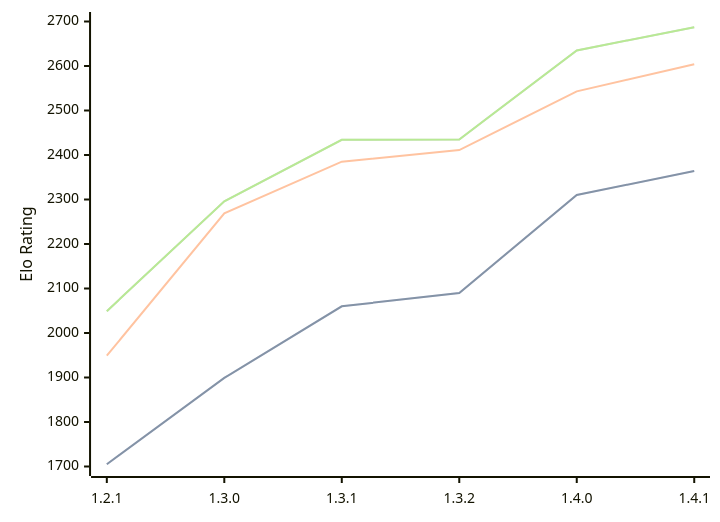
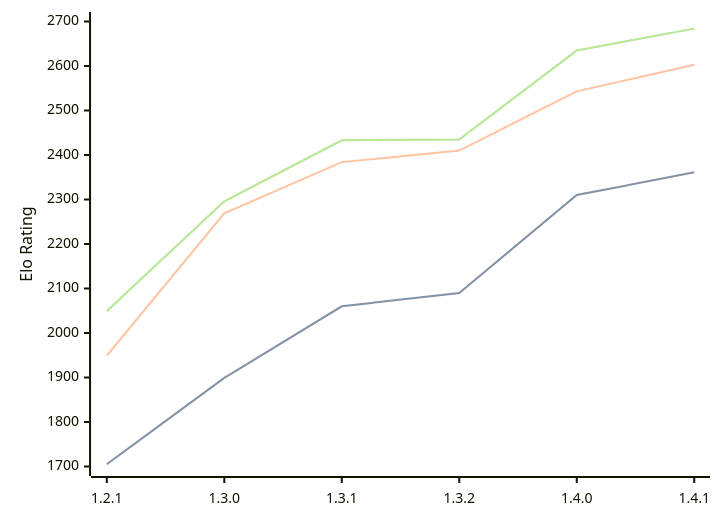
The diagram in engines/Chal.md (computer-chess-index/cci), drawn with Mermaid before and after one commit. The commit also changed other lines of this file, not shown here.

Commit message:
Update CCI Ratings (ELO VLTC) - 2026-05-08

````diff
--- a/engines/Chal.md
+++ b/engines/Chal.md
@@ -39,11 +39,11 @@
 ```mermaid
 %%{init: {"theme":"base","themeVariables":{"seriesColors:['#a3a3a3','#222221','#faa371']}}}%%
 xychart-beta
   x-axis ["1.2.1", "1.3.0", "1.3.1", "1.3.2", "1.4.0", "1.4.1"]
   y-axis "Elo Rating" 1700 --> 2700
-  line "STC (8.0+0.08s)" [1705, 1899, 2060, 2090, 2310, 2364]
-  line "STC (8.0+0.08s)" [1705, 1899, 2060, 2090, 2310, 2364]
-  line "LTC (60.0+0.60s)" [1949, 2269, 2385, 2411, 2543, 2604]
-  line "VLTC (2m24s+1.12s)" [2049, 2296, 2434, 2435, 2635, 2687]
-  line "VLTC (2m24s+1.12s)" [2049, 2296, 2434, 2435, 2635, 2687]
+  line "STC (8.0+0.08s)" [1705, 1899, 2060, 2090, 2310, 2361]
+  line "STC (8.0+0.08s)" [1705, 1899, 2060, 2090, 2310, 2361]
+  line "LTC (60.0+0.60s)" [1949, 2269, 2384, 2410, 2543, 2603]
+  line "VLTC (2m24s+1.12s)" [2049, 2296, 2433, 2435, 2635, 2684]
+  line "VLTC (2m24s+1.12s)" [2049, 2296, 2433, 2435, 2635, 2684]
 ```
````
